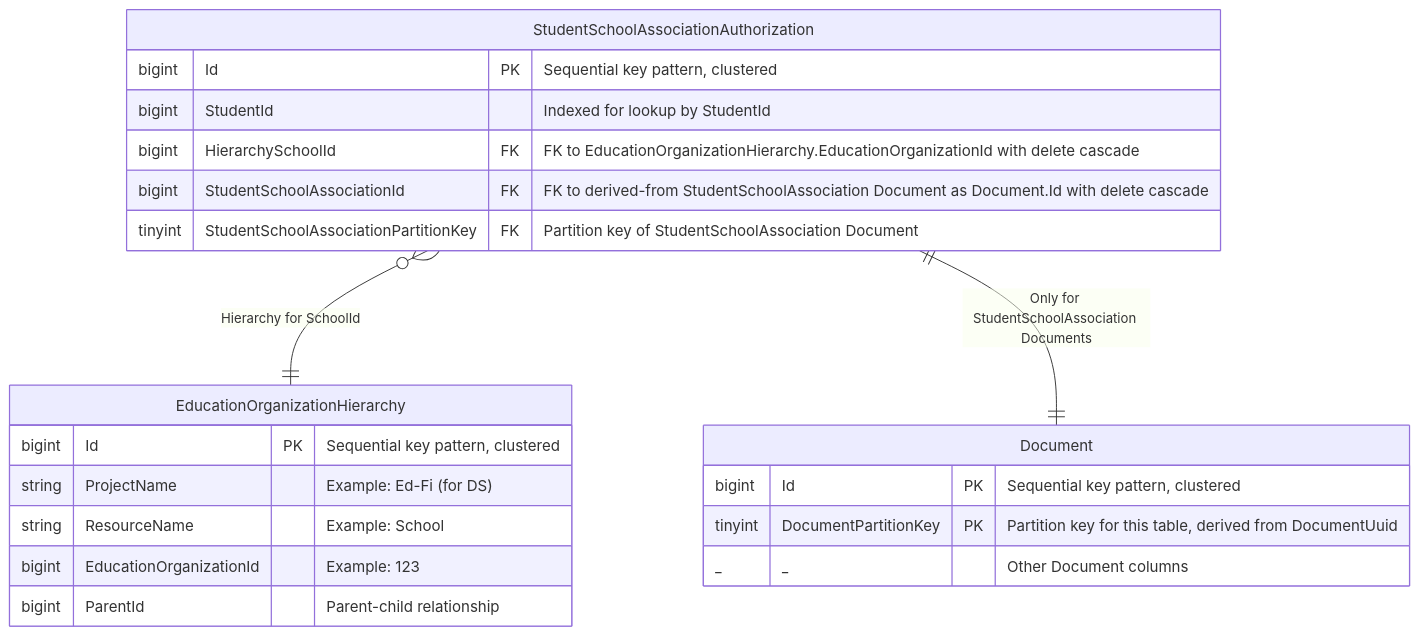
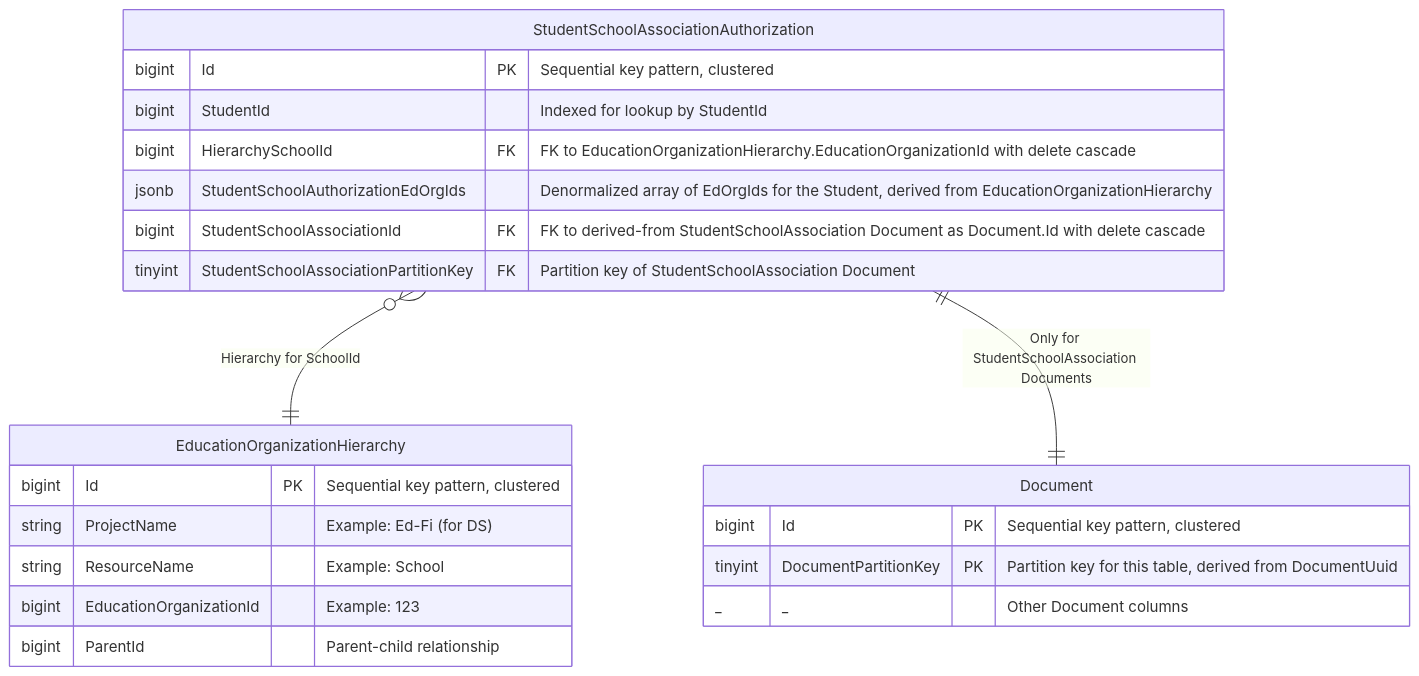
Before and after one commit to Ed-Fi-Alliance-OSS/Project-Tanager: the first of 2 diagrams in docs/DMS/AUTHORIZATION/STUDENT-EDORG-AUTHORIZATION.md, drawn with Mermaid. The commit also changed other lines of this file, not shown here.

Commit message:
[DMS-511] Update to EdOrgId array pre-compute

````diff
--- a/docs/DMS/AUTHORIZATION/STUDENT-EDORG-AUTHORIZATION.md
+++ b/docs/DMS/AUTHORIZATION/STUDENT-EDORG-AUTHORIZATION.md
@@ -15,24 +15,25 @@
 ```mermaid
 erDiagram
     StudentSchoolAssociationAuthorization o{--|| EducationOrganizationHierarchy : "Hierarchy for SchoolId"
     StudentSchoolAssociationAuthorization ||--|| Document : "Only for StudentSchoolAssociation Documents"
     StudentSchoolAssociationAuthorization {
         bigint Id PK "Sequential key pattern, clustered"
         bigint StudentId "Indexed for lookup by StudentId"
         bigint HierarchySchoolId FK "FK to EducationOrganizationHierarchy.EducationOrganizationId with delete cascade"
+        jsonb StudentSchoolAuthorizationEdOrgIds "Denormalized array of EdOrgIds for the Student, derived from EducationOrganizationHierarchy"
         bigint StudentSchoolAssociationId FK "FK to derived-from StudentSchoolAssociation Document as Document.Id with delete cascade"
         tinyint StudentSchoolAssociationPartitionKey FK "Partition key of StudentSchoolAssociation Document"
     }
     EducationOrganizationHierarchy {
         bigint Id PK "Sequential key pattern, clustered"
         string ProjectName "Example: Ed-Fi (for DS)"
         string ResourceName "Example: School"
         bigint EducationOrganizationId "Example: 123"
         bigint ParentId "Parent-child relationship"
     }
     Document {
         bigint Id PK "Sequential key pattern, clustered"
         tinyint DocumentPartitionKey PK "Partition key for this table, derived from DocumentUuid"
         _ _ "Other Document columns"
     }
 ```
````
